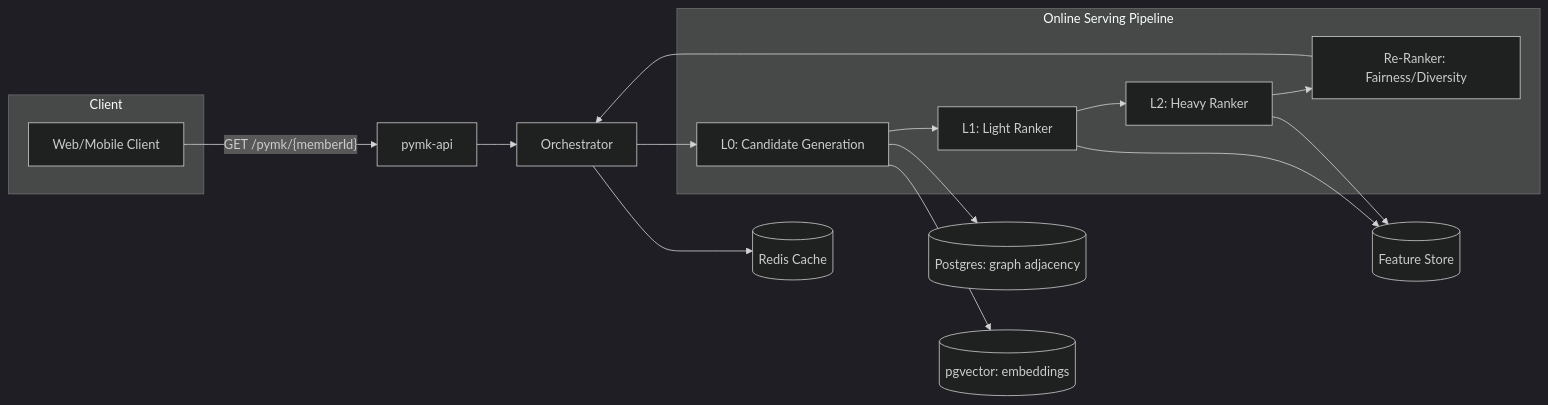
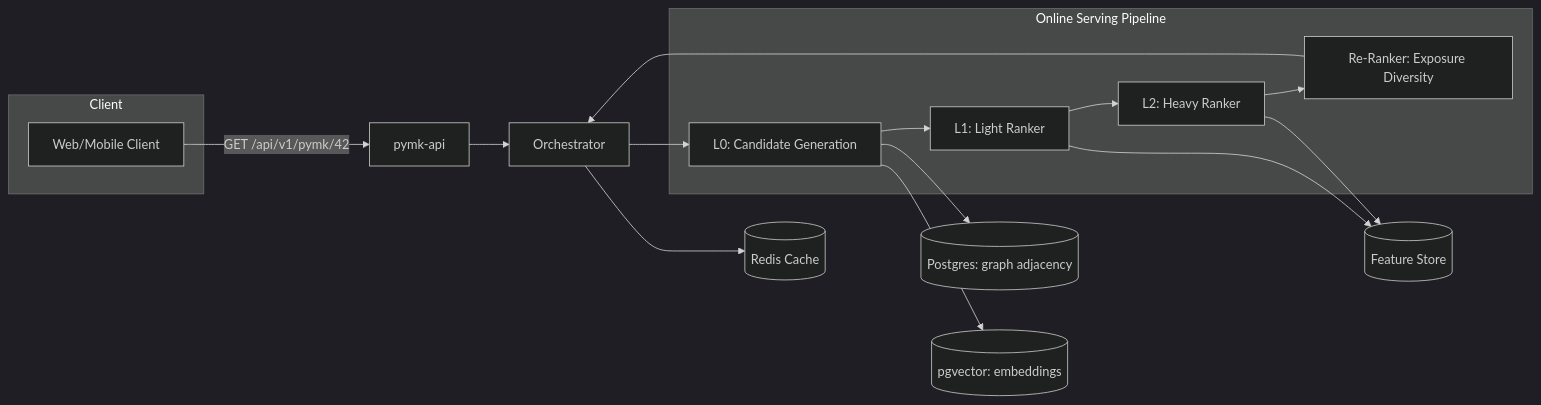
Before and after one commit to AhdyAhmed/People-You-May-Know-PYMK: the diagram in README.md, drawn with Mermaid (dark theme). The commit also changed other lines of this file and 24 other files, not shown here.

````diff
--- a/README.md
+++ b/README.md
@@ -32,23 +37,23 @@
 ```mermaid
 flowchart LR
     subgraph Client
         UI[Web/Mobile Client]
     end
 
-    UI -->|"GET /pymk/{memberId}"| GW[pymk-api]
+    UI -->|"GET /api/v1/pymk/42"| GW[pymk-api]
     GW --> ORCH[Orchestrator]
 
     subgraph Online["Online Serving Pipeline"]
         L0[L0: Candidate Generation]
         L1[L1: Light Ranker]
         L2[L2: Heavy Ranker]
-        RR[Re-Ranker: Fairness/Diversity]
+        RR[Re-Ranker: Exposure Diversity]
     end
 
     ORCH --> L0 --> L1 --> L2 --> RR --> ORCH
     ORCH --> CACHE[(Redis Cache)]
     L0 --> GRAPHDB[(Postgres: graph adjacency)]
     L0 --> VEC[(pgvector: embeddings)]
     L1 --> FEATSTORE[(Feature Store)]
     L2 --> FEATSTORE
 ```
````
